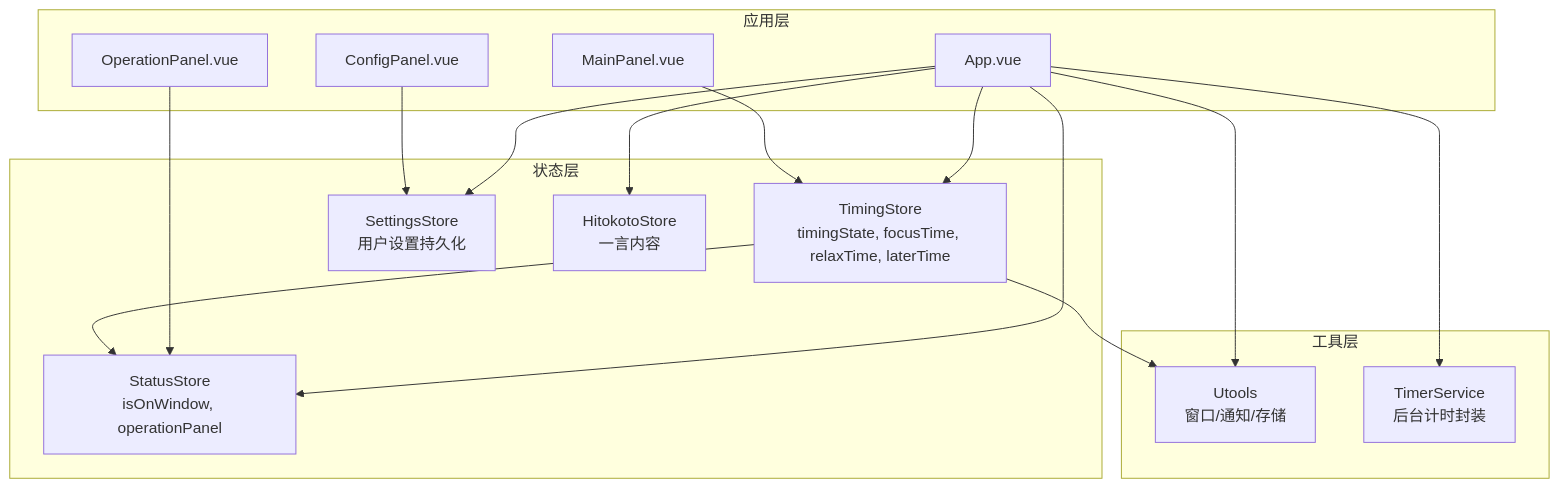
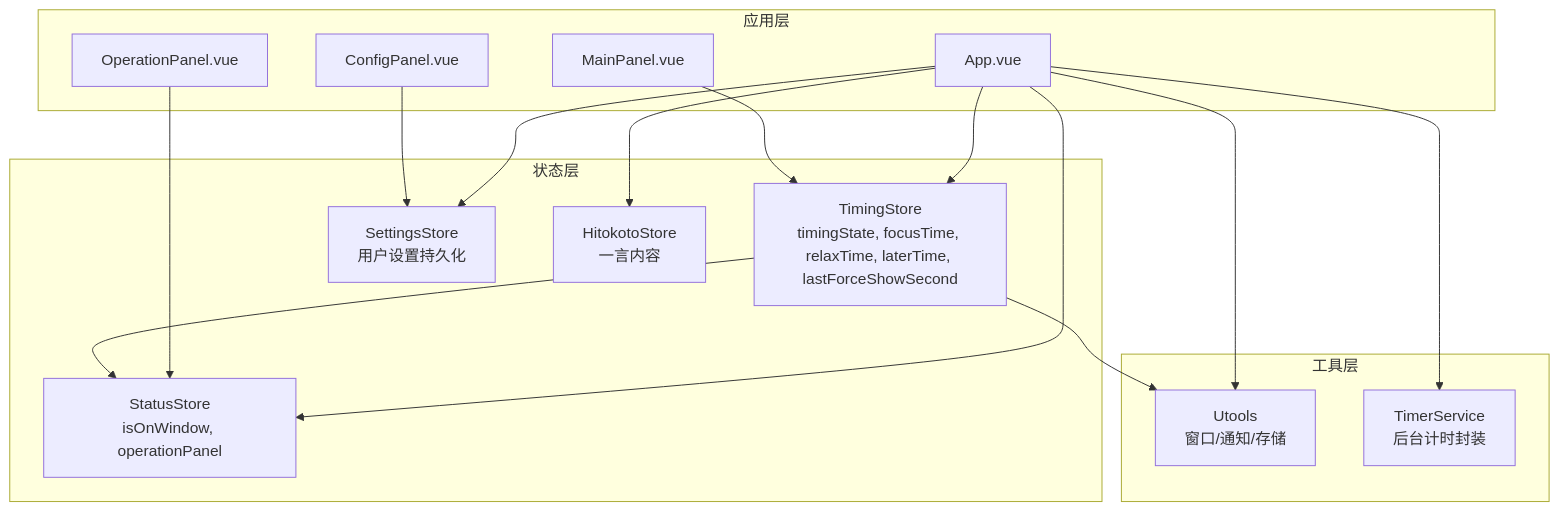
The first of 7 diagrams in .qoder/repowiki/zh/content/状态管理/界面状态管理.md (kqcoxn/utools-releax-tip), drawn with Mermaid before and after one commit. The commit also changed other lines of this file and 4 other files, not shown here.

````diff
--- a/.qoder/repowiki/zh/content/状态管理/界面状态管理.md
+++ b/.qoder/repowiki/zh/content/状态管理/界面状态管理.md
@@ -48,30 +56,30 @@
 ```mermaid
 graph TB
 subgraph "应用层"
 App["App.vue"]
 OP["OperationPanel.vue"]
 MP["MainPanel.vue"]
 CP["ConfigPanel.vue"]
 end
 subgraph "状态层"
 SS["StatusStore<br/>isOnWindow, operationPanel"]
-TS["TimingStore<br/>timingState, focusTime, relaxTime, laterTime"]
+TS["TimingStore<br/>timingState, focusTime, relaxTime, laterTime, lastForceShowSecond"]
 SSet["SettingsStore<br/>用户设置持久化"]
 HS["HitokotoStore<br/>一言内容"]
 end
 subgraph "工具层"
 UT["Utools<br/>窗口/通知/存储"]
 TSvc["TimerService<br/>后台计时封装"]
 end
 App --> SS
 App --> TS
 App --> SSet
 App --> HS
 OP --> SS
 MP --> TS
 CP --> SSet
 TS --> SS
 TS --> UT
 App --> UT
 App --> TSvc
 ```
````
